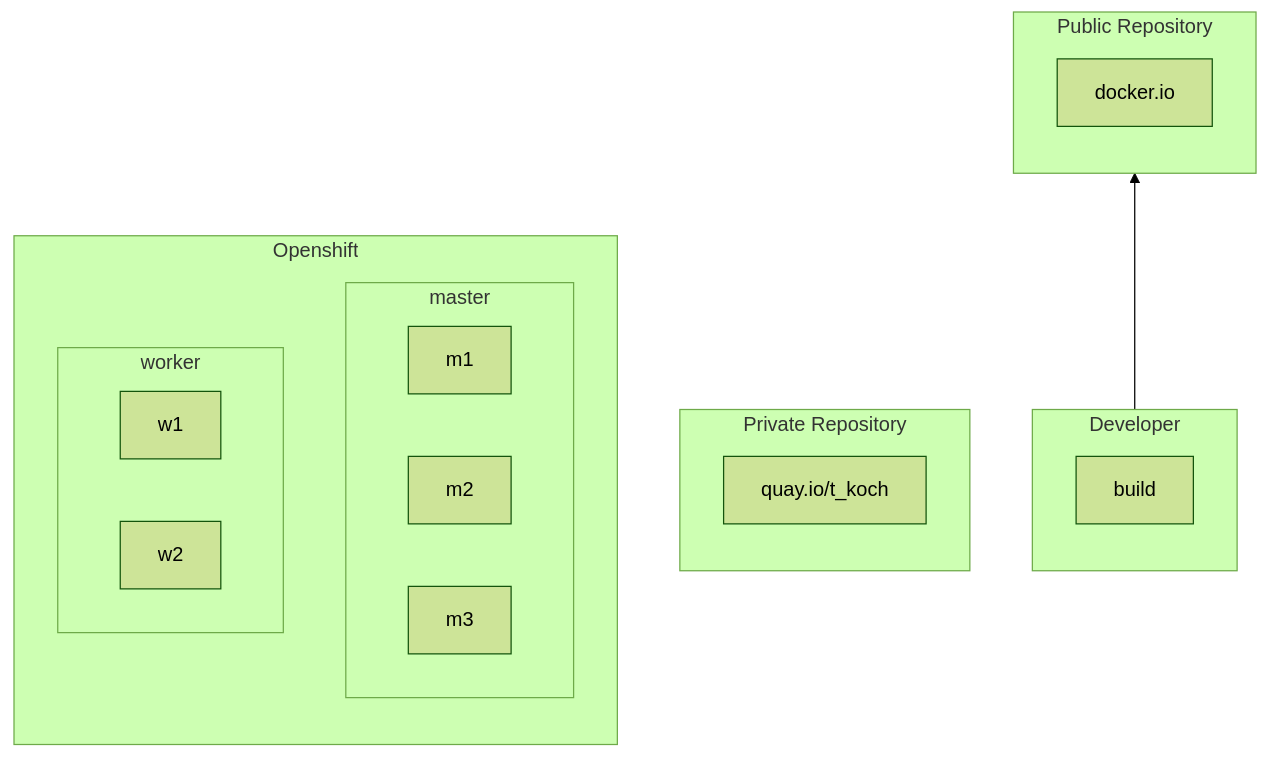
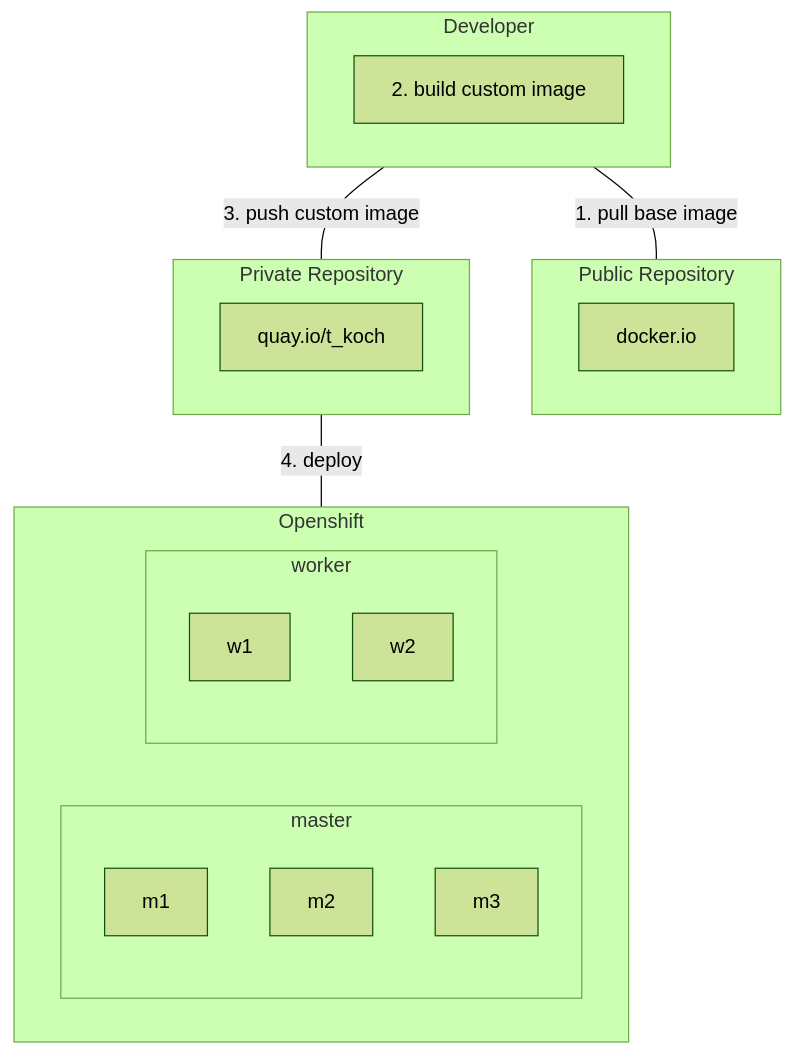
Before and after one commit to tkops/bechtle: the diagram in README.md, drawn with Mermaid (forest theme).

````diff
--- a/README.md
+++ b/README.md
@@ -3,21 +3,23 @@
 ```mermaid
-graph BT
+flowchart TD
   subgraph dev1[Developer]
-    build
+    build[2. build custom image]
   end
   subgraph pub1[Public Repository]
     docker[docker.io]
   end
   subgraph priv1[Private Repository]
     quay[quay.io/t_koch]
   end
   subgraph ocp1[Openshift]
     subgraph master
       m1;m2;m3
     end
     subgraph worker
       w1;w2
     end
   end
-dev1 --> pub1
+dev1 -- 1. pull base image --- pub1
+dev1 -- 3. push custom image --- priv1
+priv1 -- 4. deploy --- ocp1
 ```
````
